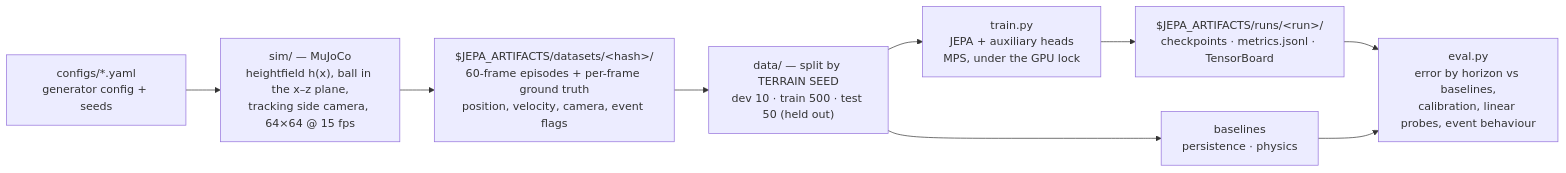
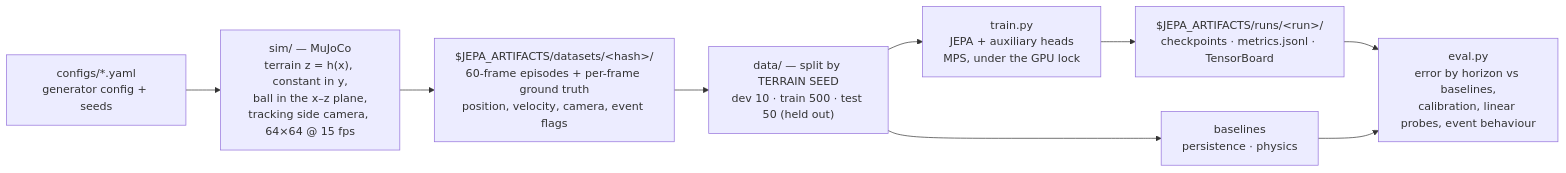
The first of 5 diagrams in README.md (pransil/jepa-world-1), drawn with Mermaid before and after one commit. The commit also changed other lines of this file and 2 other files, not shown here.

First line of the commit message:
Docs: describe terrain with x, y, z axes (z = h(x) now, z = h(x, y) later)

````diff
--- a/README.md
+++ b/README.md
@@ -17,11 +19,11 @@
 ```mermaid
 flowchart LR
-  CFG["configs/*.yaml<br/>generator config + seeds"] --> SIM["sim/ — MuJoCo<br/>heightfield h(x), ball in the x–z plane,<br/>tracking side camera, 64×64 @ 15 fps"]
+  CFG["configs/*.yaml<br/>generator config + seeds"] --> SIM["sim/ — MuJoCo<br/>terrain z = h(x), constant in y,<br/>ball in the x–z plane,<br/>tracking side camera, 64×64 @ 15 fps"]
   SIM --> DS["$JEPA_ARTIFACTS/datasets/&lt;hash&gt;/<br/>60-frame episodes + per-frame ground truth<br/>position, velocity, camera, event flags"]
   DS --> SPLIT["data/ — split by TERRAIN SEED<br/>dev 10 · train 500 · test 50 (held out)"]
   SPLIT --> TRAIN["train.py<br/>JEPA + auxiliary heads<br/>MPS, under the GPU lock"]
   TRAIN --> RUN["$JEPA_ARTIFACTS/runs/&lt;run&gt;/<br/>checkpoints · metrics.jsonl · TensorBoard"]
   SPLIT --> BASE["baselines<br/>persistence · physics"]
   RUN --> EVAL["eval.py<br/>error by horizon vs baselines,<br/>calibration, linear probes, event behaviour"]
   BASE --> EVAL
 ```
````
